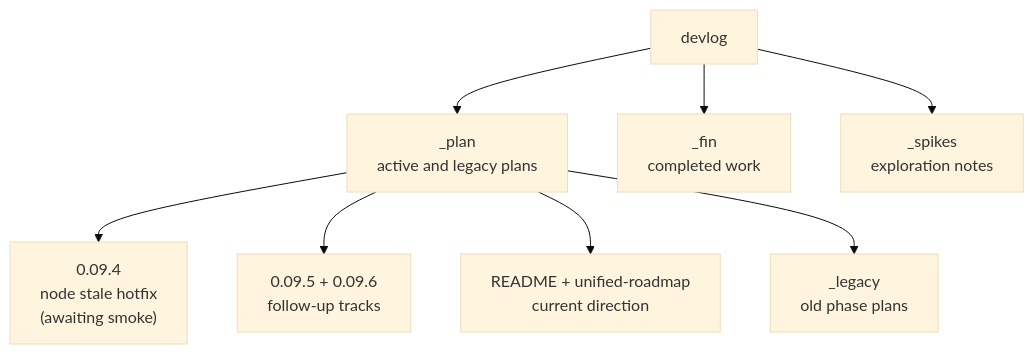
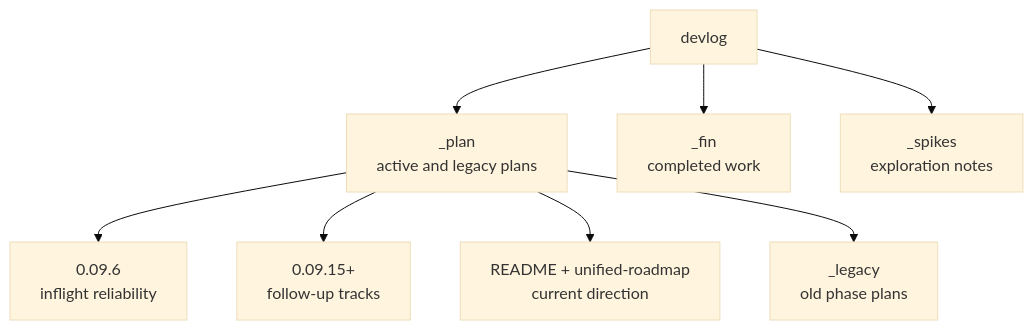
Before and after one commit to ChatPoongKun/ima2-gen: the diagram in structure/07-devlog-map.md, drawn with Mermaid (base theme). The commit also changed other lines of this file and 3 other files, not shown here.

Commit message:
docs: archive node streaming plan

````diff
--- a/structure/07-devlog-map.md
+++ b/structure/07-devlog-map.md
@@ -19,10 +19,10 @@
 ```mermaid
 graph TD
     DEV["devlog"] --> PLAN["_plan<br/>active and legacy plans"]
     DEV --> FIN["_fin<br/>completed work"]
     DEV --> SPIKES["_spikes<br/>exploration notes"]
-    PLAN --> ACTIVE["0.09.4<br/>node stale hotfix<br/>(awaiting smoke)"]
-    PLAN --> FOLLOW["0.09.5 + 0.09.6<br/>follow-up tracks"]
+    PLAN --> ACTIVE["0.09.6<br/>inflight reliability"]
+    PLAN --> FOLLOW["0.09.15+<br/>follow-up tracks"]
     PLAN --> ROAD["README + unified-roadmap<br/>current direction"]
     PLAN --> LEGACY["_legacy<br/>old phase plans"]
 ```
````
